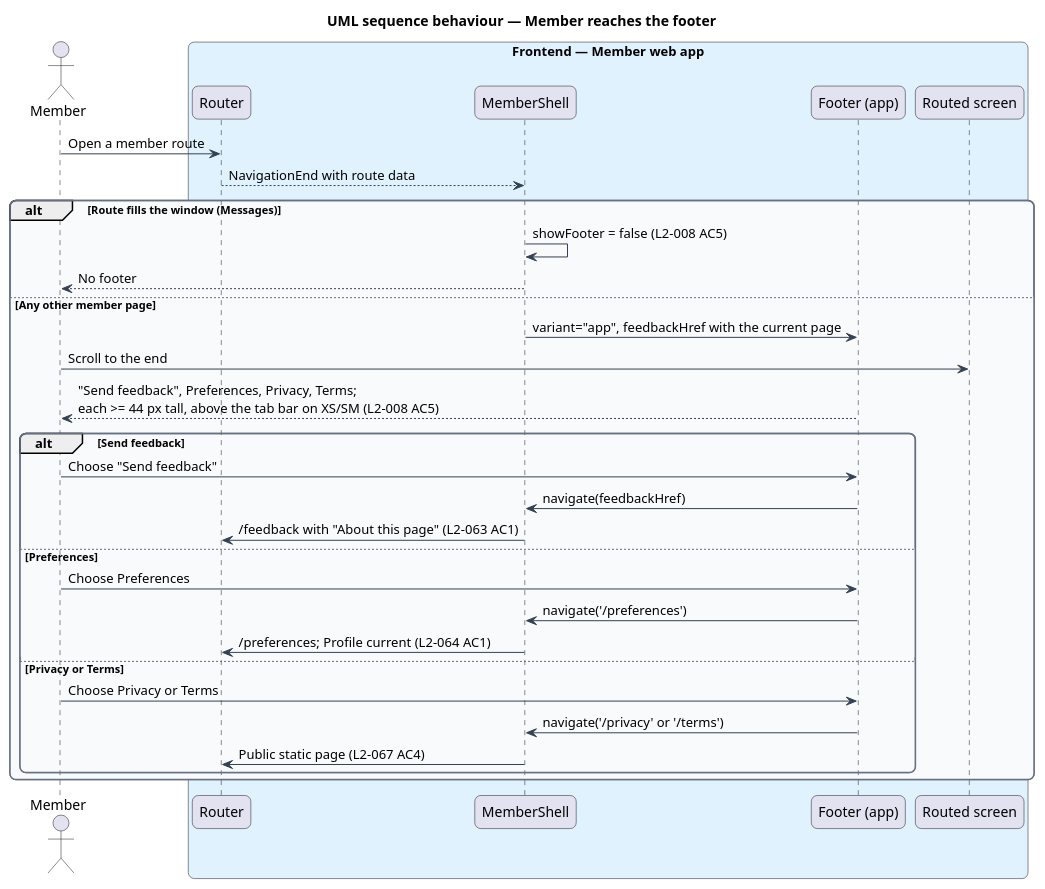
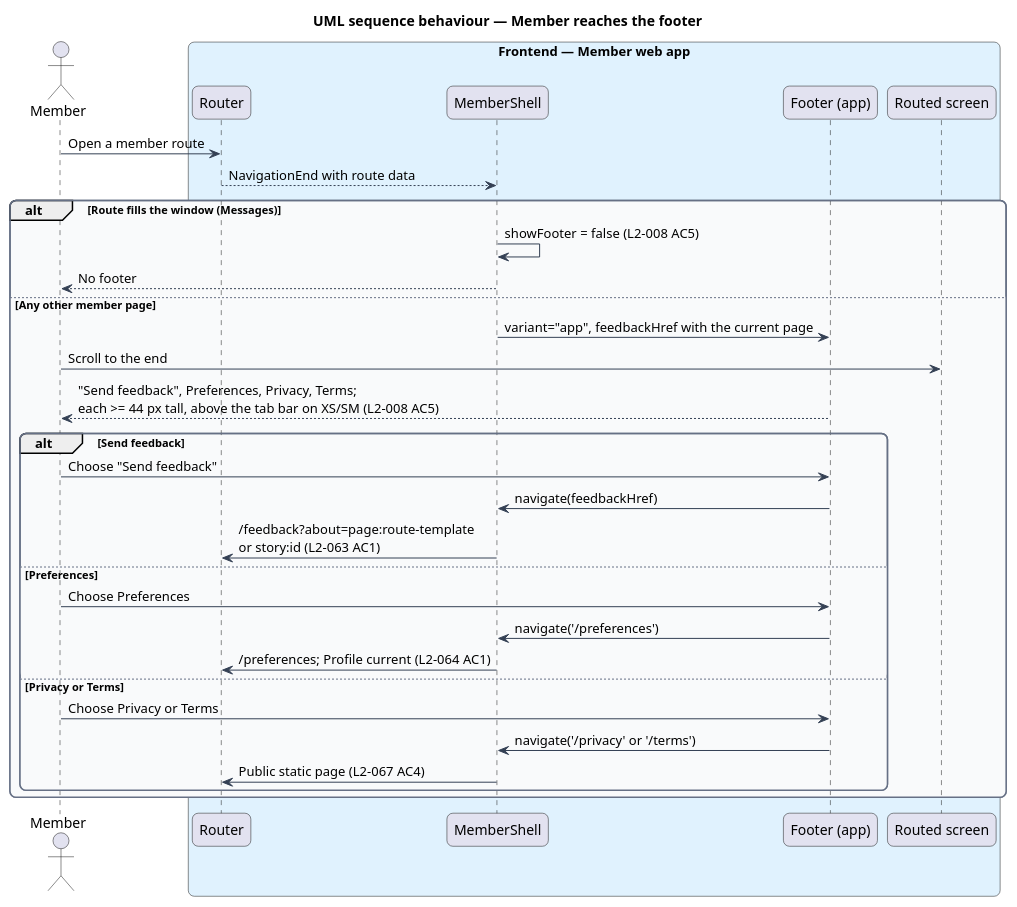
The diagram in docs/detailed-designs/member-home/navigate-member-app/diagrams/sequence-footer.puml (QuinntyneBrown/christian-fitness), drawn with PlantUML before and after one commit. The commit also changed 25 other files, not shown here.

```diff
--- a/docs/detailed-designs/member-home/navigate-member-app/diagrams/sequence-footer.puml
+++ b/docs/detailed-designs/member-home/navigate-member-app/diagrams/sequence-footer.puml
@@ -1,47 +1,47 @@
 @startuml
 title UML sequence behaviour — Member reaches the footer
 skinparam backgroundColor #FFFFFF
 skinparam shadowing false
 skinparam roundcorner 12
 skinparam defaultFontName Arial
 skinparam ArrowColor #344054
 skinparam rectangle {
   BorderColor #344054
   FontColor #101828
 }
 skinparam package {
   BorderColor #667085
   FontColor #101828
   BackgroundColor #F9FAFB
 }
 actor "Member" as actor
 box "Frontend — Member web app" #E0F2FE
   participant "Router" as router
   participant "MemberShell" as shell
   participant "Footer (app)" as foot
   participant "Routed screen" as page
 end box
 actor -> router : Open a member route
 router --> shell : NavigationEnd with route data
 alt Route fills the window (Messages)
   shell -> shell : showFooter = false (L2-008 AC5)
   shell --> actor : No footer
 else Any other member page
   shell -> foot : variant="app", feedbackHref with the current page
   actor -> page : Scroll to the end
   foot --> actor : "Send feedback", Preferences, Privacy, Terms;\neach >= 44 px tall, above the tab bar on XS/SM (L2-008 AC5)
   alt Send feedback
     actor -> foot : Choose "Send feedback"
     foot -> shell : navigate(feedbackHref)
-    shell -> router : /feedback with "About this page" (L2-063 AC1)
+    shell -> router : /feedback?about=page:route-template\nor story:id (L2-063 AC1)
   else Preferences
     actor -> foot : Choose Preferences
     foot -> shell : navigate('/preferences')
     shell -> router : /preferences; Profile current (L2-064 AC1)
   else Privacy or Terms
     actor -> foot : Choose Privacy or Terms
     foot -> shell : navigate('/privacy' or '/terms')
     shell -> router : Public static page (L2-067 AC4)
   end
 end
 @enduml
```
